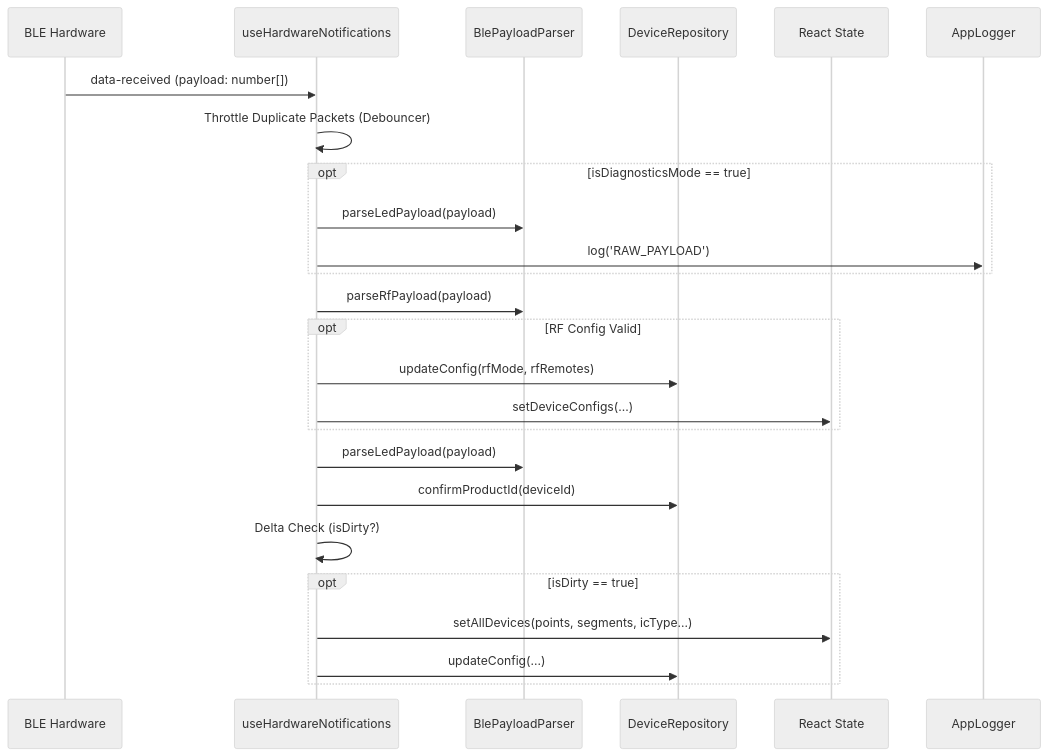
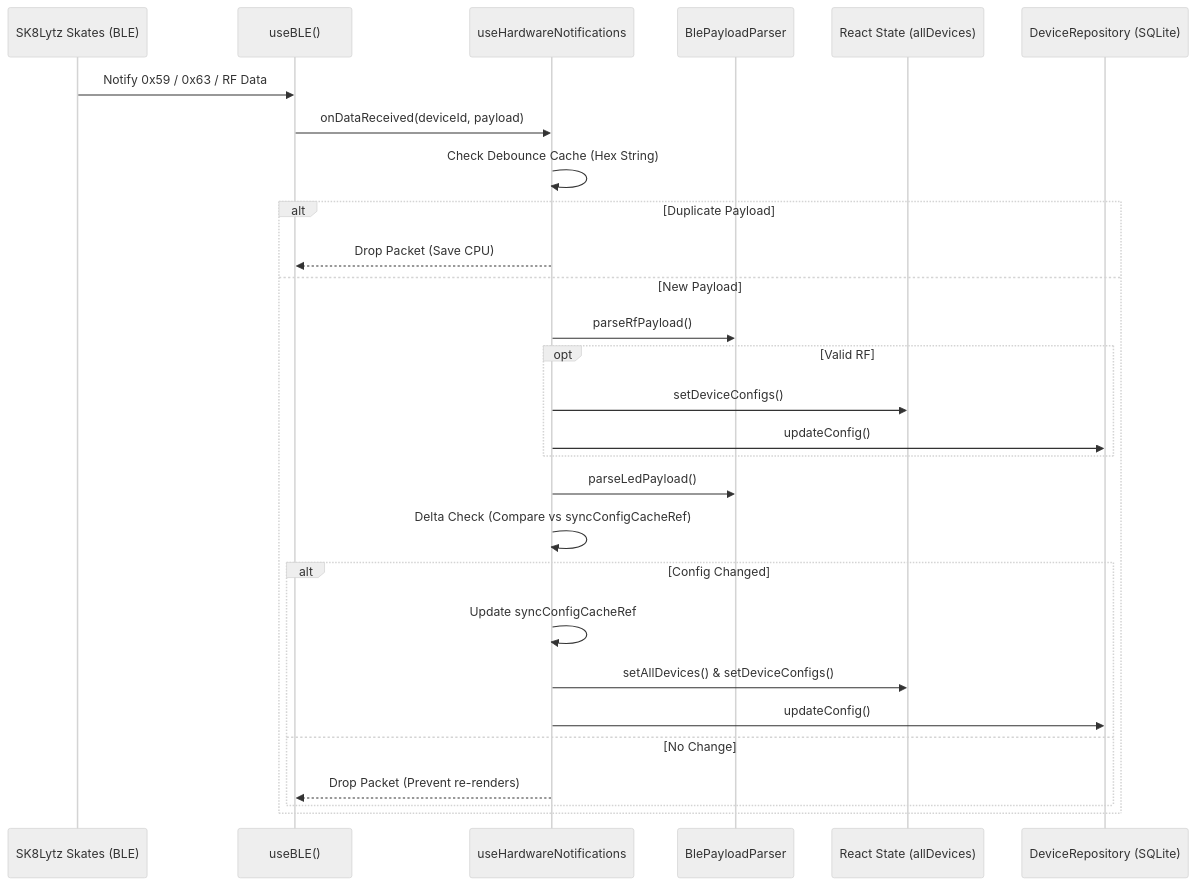
Before and after one commit to Neogleamz/SK8Lytz: diagram 12 of 24 in docs/SK8Lytz_App_Master_Reference.md, drawn with Mermaid (neutral theme). The commit also changed other lines of this file and 7 other files, not shown here.

````diff
--- a/docs/SK8Lytz_App_Master_Reference.md
+++ b/docs/SK8Lytz_App_Master_Reference.md
@@ -2154,27 +2219,34 @@
 ```mermaid
 sequenceDiagram
-    participant BLE as BLE Hardware
-    participant UHN as useHardwareNotifications
+    participant Hardware as SK8Lytz Skates (BLE)
+    participant BLEHook as useBLE()
+    participant Mailroom as useHardwareNotifications
     participant Parser as BlePayloadParser
-    participant DR as DeviceRepository
-    participant State as React State
+    participant State as React State (allDevices)
+    participant DB as DeviceRepository (SQLite)
 
-    BLE->>UHN: data-received (payload: number[])
-    UHN->>UHN: Throttle Duplicate Packets (Debouncer)
-    opt isDiagnosticsMode == true
-        UHN->>Parser: parseLedPayload(payload)
-        UHN->>AppLogger: log('RAW_PAYLOAD')
-    end
-    UHN->>Parser: parseRfPayload(payload)
-    opt RF Config Valid
-        UHN->>DR: updateConfig(rfMode, rfRemotes)
-        UHN->>State: setDeviceConfigs(...)
-    end
-    UHN->>Parser: parseLedPayload(payload)
-    UHN->>DR: confirmProductId(deviceId)
-    UHN->>UHN: Delta Check (isDirty?)
-    opt isDirty == true
-        UHN->>State: setAllDevices(points, segments, icType...)
-        UHN->>DR: updateConfig(...)
+    Hardware->>BLEHook: Notify 0x59 / 0x63 / RF Data
+    BLEHook->>Mailroom: onDataReceived(deviceId, payload)
+    
+    Mailroom->>Mailroom: Check Debounce Cache (Hex String)
+    alt Duplicate Payload
+        Mailroom-->>BLEHook: Drop Packet (Save CPU)
+    else New Payload
+        Mailroom->>Parser: parseRfPayload()
+        opt Valid RF
+            Mailroom->>State: setDeviceConfigs()
+            Mailroom->>DB: updateConfig()
+        end
+        
+        Mailroom->>Parser: parseLedPayload()
+        Mailroom->>Mailroom: Delta Check (Compare vs syncConfigCacheRef)
+        
+        alt Config Changed
+            Mailroom->>Mailroom: Update syncConfigCacheRef
+            Mailroom->>State: setAllDevices() & setDeviceConfigs()
+            Mailroom->>DB: updateConfig()
+        else No Change
+            Mailroom-->>BLEHook: Drop Packet (Prevent re-renders)
+        end
     end
 ```
````
